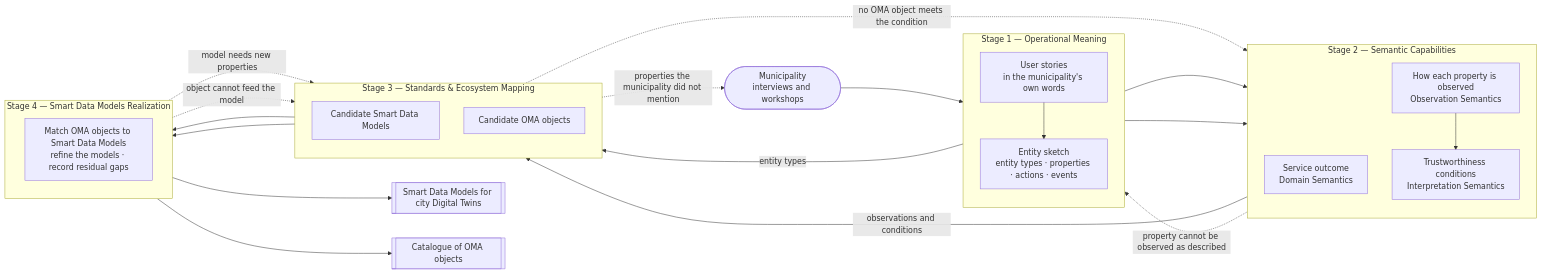
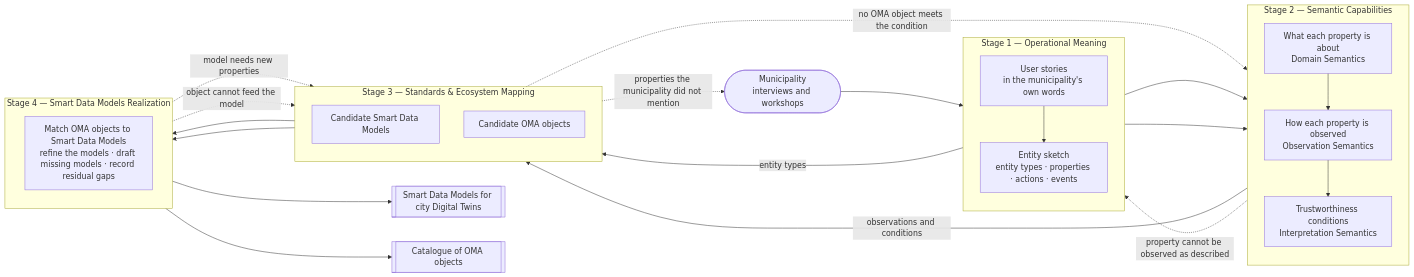
One commit to smartcities-sig/smartcities-sig changed the second of 2 diagrams in methodology/core-methodology/methodology-overview.md. Above: the diagram before and after it, drawn with Mermaid. The commit also changed other lines of this file and 4 other files, not shown here.

````diff
--- a/methodology/core-methodology/methodology-overview.md
+++ b/methodology/core-methodology/methodology-overview.md
@@ -121,48 +121,48 @@
 ```mermaid
 %%{init: {'flowchart': {'curve': 'basis', 'htmlLabels': true}}}%%
 flowchart LR
     CITY(["Municipality<br/>interviews and workshops"])
 
     subgraph S1["Stage 1 — Operational Meaning"]
         direction TB
         A1["User stories<br/>in the municipality's own words"]
         B1["Entity sketch<br/>entity types · properties · actions · events"]
     end
 
     subgraph S2["Stage 2 — Semantic Capabilities"]
         direction TB
-        D2["Service outcome<br/>Domain Semantics"]
+        D2["What each property is about<br/>Domain Semantics"]
         C2["How each property is observed<br/>Observation Semantics"]
         C3["Trustworthiness conditions<br/>Interpretation Semantics"]
     end
 
     subgraph S3["Stage 3 — Standards & Ecosystem Mapping"]
         direction TB
         E1["Candidate Smart Data Models"]
         E4["Candidate OMA objects"]
     end
 
     subgraph S4["Stage 4 — Smart Data Models Realization"]
         direction TB
-        F1["Match OMA objects to Smart Data Models<br/>refine the models · record residual gaps"]
+        F1["Match OMA objects to Smart Data Models<br/>refine the models · draft missing models · record residual gaps"]
     end
 
     OUT1[["Smart Data Models for city Digital Twins"]]
     OUT2[["Catalogue of OMA objects"]]
 
     CITY --> A1 --> B1
     A1 --> D2
-    B1 --> C2 --> C3
+    B1 --> D2 --> C2 --> C3
     B1 -- "entity types" --> E1
     C3 -- "observations and conditions" --> E4
     E1 --> F1
     E4 --> F1
     F1 --> OUT1
     F1 --> OUT2
 
     C2 -. "property cannot be observed as described" .-> B1
     E1 -. "properties the municipality did not mention" .-> CITY
     E4 -. "no OMA object meets the condition" .-> C3
     F1 -. "model needs new properties" .-> E1
     F1 -. "object cannot feed the model" .-> E4
 ```
````
